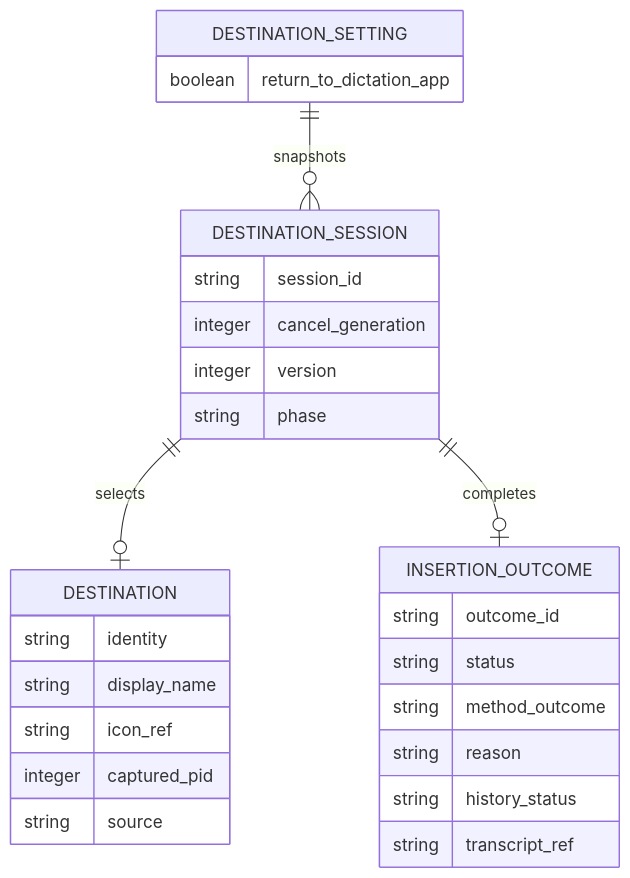
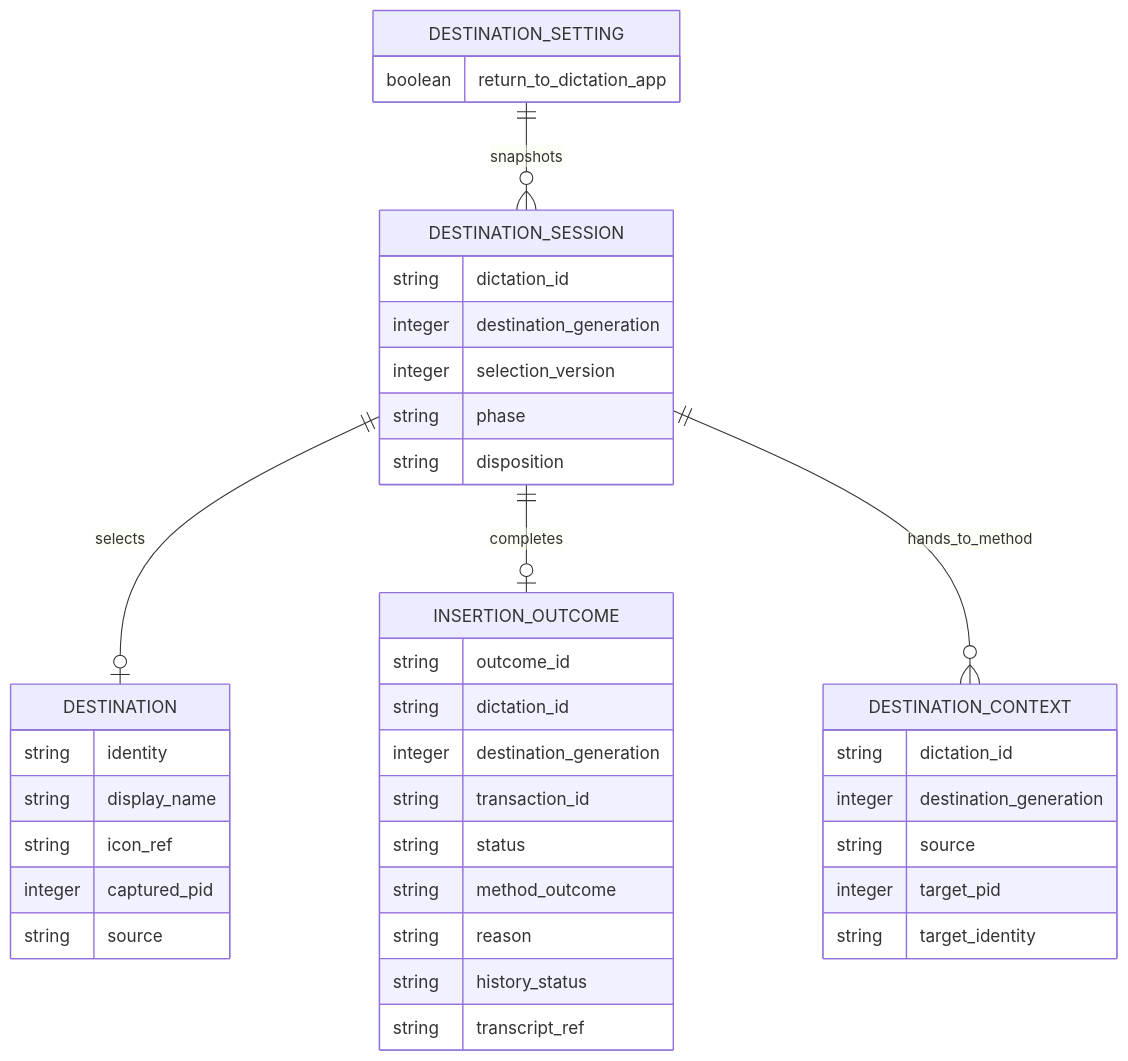
One commit to julien-m/handy changed the sixth of 6 diagrams in .specs/features/006-destination-application/plan.md. Above: the diagram before and after it, drawn with Mermaid. The commit also changed other lines of this file and 6 other files, not shown here.

````diff
--- a/.specs/features/006-destination-application/plan.md
+++ b/.specs/features/006-destination-application/plan.md
@@ -321,30 +516,42 @@
 ```mermaid
 erDiagram
   DESTINATION_SETTING ||--o{ DESTINATION_SESSION : snapshots
   DESTINATION_SESSION ||--o| DESTINATION : selects
   DESTINATION_SESSION ||--o| INSERTION_OUTCOME : completes
+  DESTINATION_SESSION ||--o{ DESTINATION_CONTEXT : hands_to_method
   DESTINATION_SETTING {
     boolean return_to_dictation_app
   }
   DESTINATION_SESSION {
-    string session_id
-    integer cancel_generation
-    integer version
+    string dictation_id
+    integer destination_generation
+    integer selection_version
     string phase
+    string disposition
+  }
+  DESTINATION_CONTEXT {
+    string dictation_id
+    integer destination_generation
+    string source
+    integer target_pid
+    string target_identity
   }
   DESTINATION {
     string identity
     string display_name
     string icon_ref
     integer captured_pid
     string source
   }
   INSERTION_OUTCOME {
     string outcome_id
+    string dictation_id
+    integer destination_generation
+    string transaction_id
     string status
     string method_outcome
     string reason
     string history_status
     string transcript_ref
   }
 ```
````
